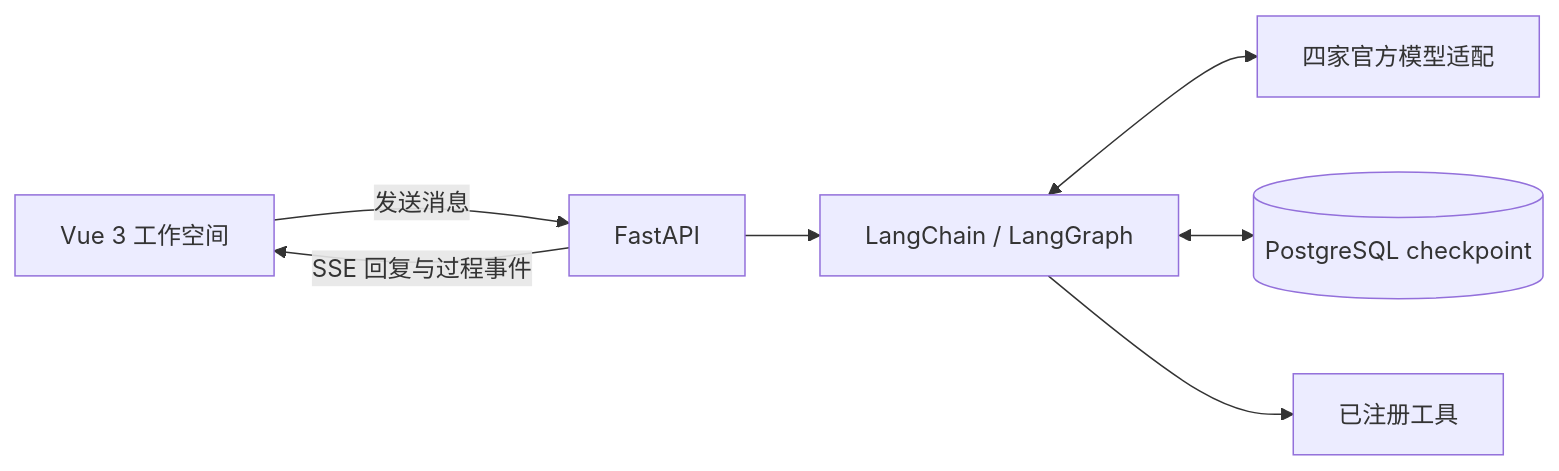
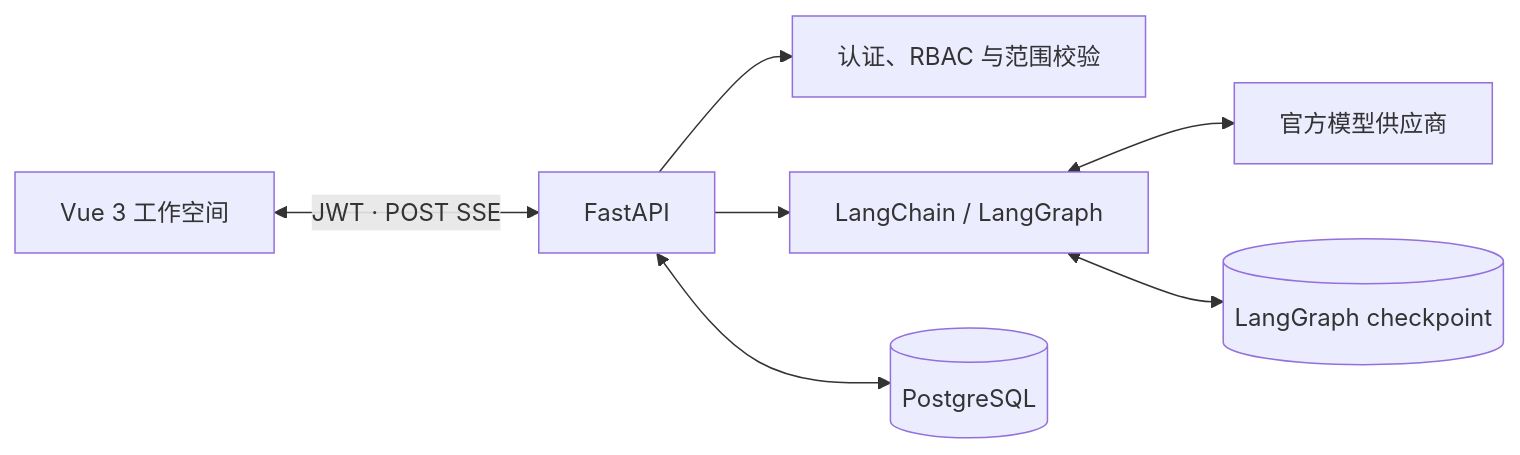
The third of 3 diagrams in README.md (wkdabl0304-ship-it/zhizhou), drawn with Mermaid before and after one commit. The commit also changed other lines of this file and 9 other files, not shown here.

````diff
--- a/README.md
+++ b/README.md
@@ -128,9 +166,9 @@
 ```mermaid
 flowchart LR
-    UI["Vue 3 工作空间"] -->|发送消息| API["FastAPI"]
-    API -->|SSE 回复与过程事件| UI
+    UI["Vue 3 工作空间"] <-->|"JWT · POST SSE"| API["FastAPI"]
+    API --> Auth["认证、RBAC 与范围校验"]
     API --> Agent["LangChain / LangGraph"]
-    Agent <--> Model["四家官方模型适配"]
-    Agent <--> DB[("PostgreSQL checkpoint")]
-    Agent --> Tools["已注册工具"]
+    Agent <--> Models["官方模型供应商"]
+    API <--> DB[("PostgreSQL")]
+    Agent <--> Checkpoints[("LangGraph checkpoint")]
 ```
````
